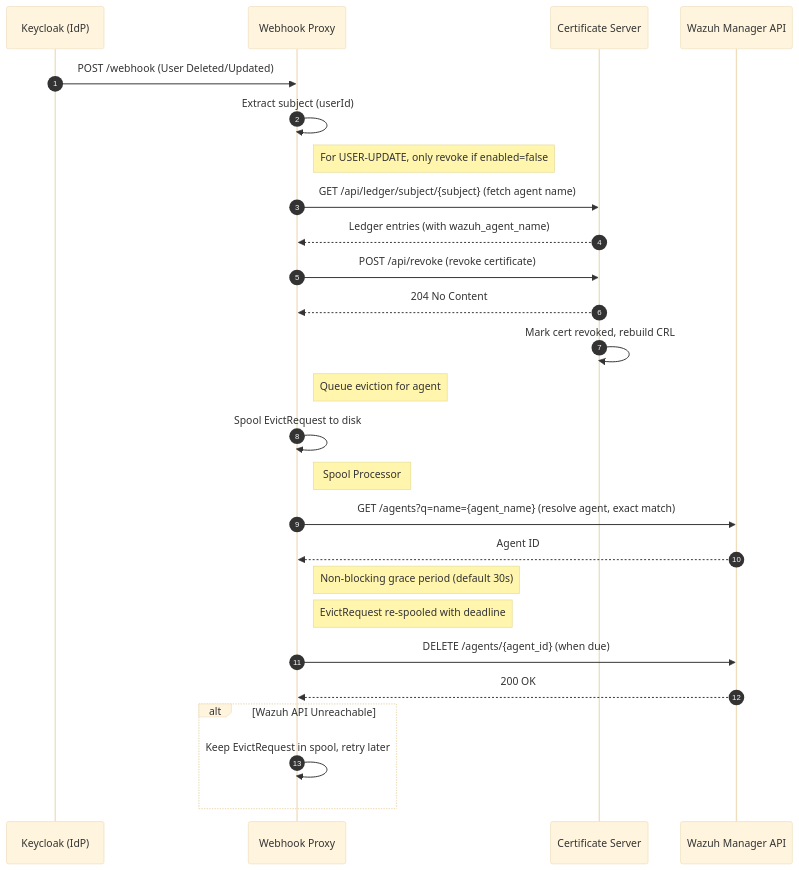
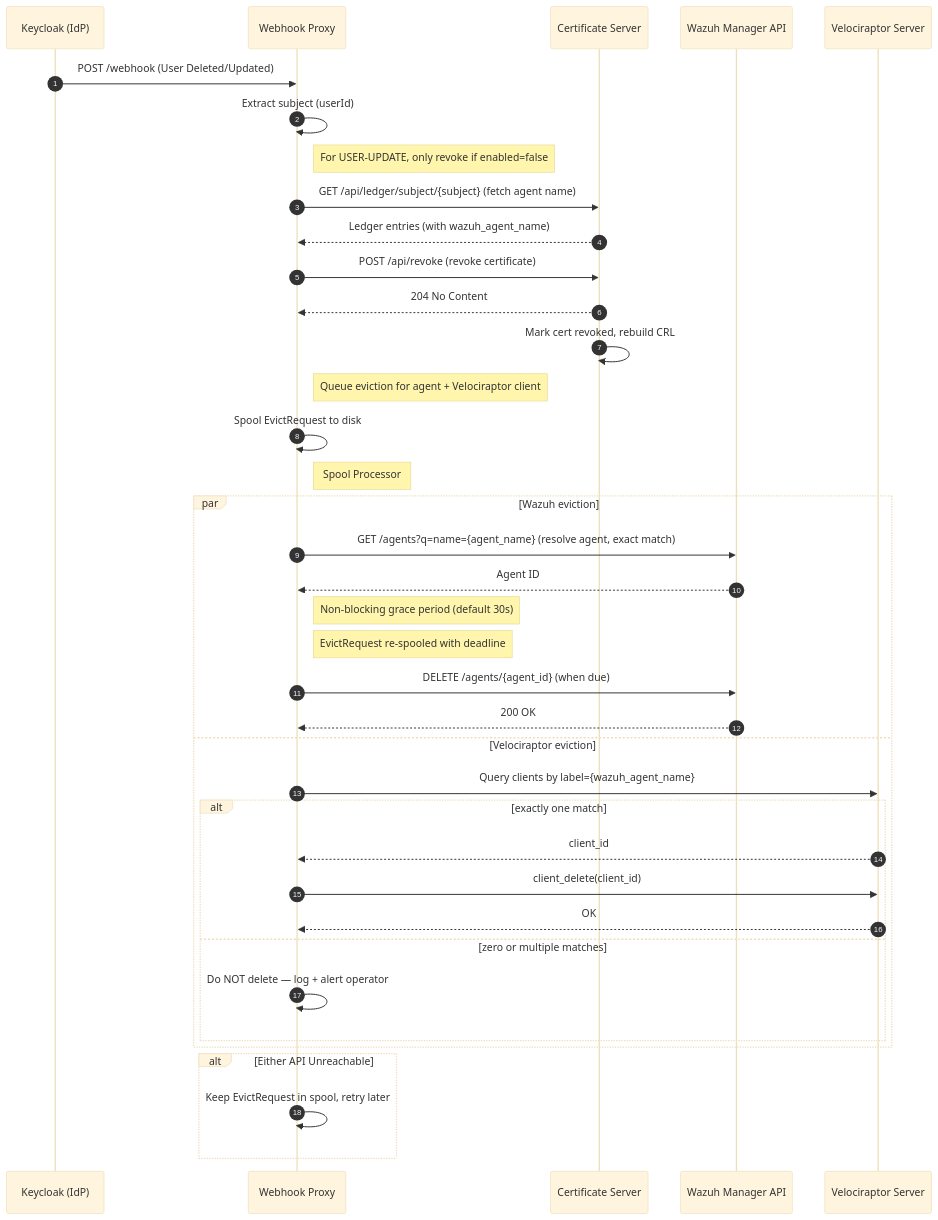
Before and after one commit to ADORSYS-GIS/wazuh-cert-oauth2: the fifth of 6 diagrams in docs/architecture.md, drawn with Mermaid (base theme). The commit also changed other lines of this file, not shown here.

Commit message:
chore(docs): Update architecture documentation to include Velociraptor client configuration and eviction details

````diff
--- a/docs/architecture.md
+++ b/docs/architecture.md
@@ -128,33 +151,45 @@
 ```mermaid
 sequenceDiagram
     autonumber
 
     participant Keycloak as Keycloak (IdP)
     participant Webhook as Webhook Proxy
     participant Server as Certificate Server
     participant Wazuh as Wazuh Manager API
+    participant Velo as Velociraptor Server
 
     Keycloak->>Webhook: POST /webhook (User Deleted/Updated)
     Webhook->>Webhook: Extract subject (userId)
     Note right of Webhook: For USER-UPDATE, only revoke if enabled=false
     Webhook->>Server: GET /api/ledger/subject/{subject} (fetch agent name)
     Server-->>Webhook: Ledger entries (with wazuh_agent_name)
     Webhook->>Server: POST /api/revoke (revoke certificate)
     Server-->>Webhook: 204 No Content
     Server->>Server: Mark cert revoked, rebuild CRL
 
-    Note right of Webhook: Queue eviction for agent
+    Note right of Webhook: Queue eviction for agent + Velociraptor client
     Webhook->>Webhook: Spool EvictRequest to disk
 
     Note right of Webhook: Spool Processor
-    Webhook->>Wazuh: GET /agents?q=name={agent_name} (resolve agent, exact match)
-    Wazuh-->>Webhook: Agent ID
-    Note right of Webhook: Non-blocking grace period (default 30s)
-    Note right of Webhook: EvictRequest re-spooled with deadline
-    Webhook->>Wazuh: DELETE /agents/{agent_id} (when due)
-    Wazuh-->>Webhook: 200 OK
+    par Wazuh eviction
+        Webhook->>Wazuh: GET /agents?q=name={agent_name} (resolve agent, exact match)
+        Wazuh-->>Webhook: Agent ID
+        Note right of Webhook: Non-blocking grace period (default 30s)
+        Note right of Webhook: EvictRequest re-spooled with deadline
+        Webhook->>Wazuh: DELETE /agents/{agent_id} (when due)
+        Wazuh-->>Webhook: 200 OK
+    and Velociraptor eviction
+        Webhook->>Velo: Query clients by label={wazuh_agent_name}
+        alt exactly one match
+            Velo-->>Webhook: client_id
+            Webhook->>Velo: client_delete(client_id)
+            Velo-->>Webhook: OK
+        else zero or multiple matches
+            Webhook->>Webhook: Do NOT delete — log + alert operator
+        end
+    end
 
-    alt Wazuh API Unreachable
+    alt Either API Unreachable
         Webhook->>Webhook: Keep EvictRequest in spool, retry later
     end
 ```
````
